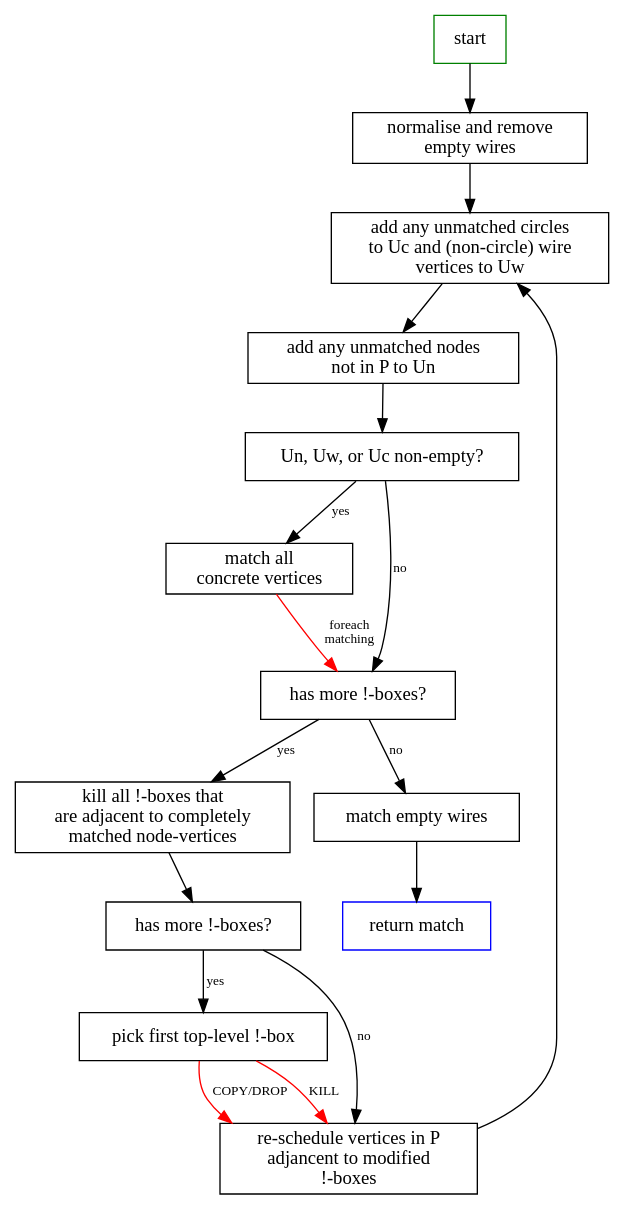
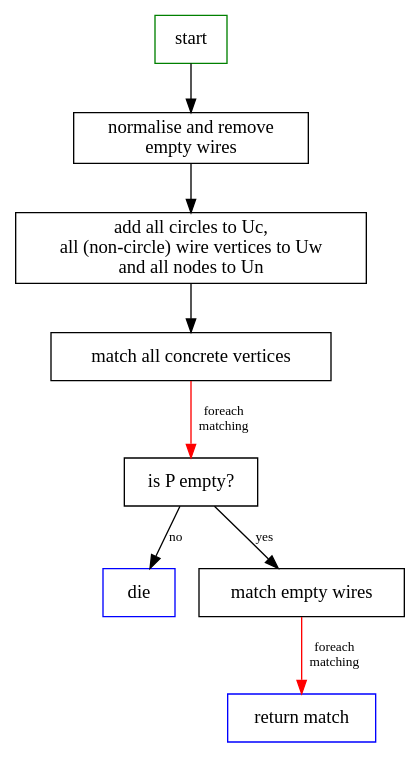
Before and after one commit to zxcalc/quantomatic: the diagram in docs/matching_algo/concrete_wrapper.dot, drawn with Graphviz. The commit also changed 2 other files, not shown here.

Commit message:
writing more on matching

```diff
--- a/docs/matching_algo/concrete_wrapper.dot
+++ b/docs/matching_algo/concrete_wrapper.dot
@@ -1,32 +1,19 @@
 digraph {
     node [shape=box]
     edge [fontsize=10]
     
     start [color=green]
     normalise [label="normalise and remove\nempty wires"]
-    addwires [label="add any unmatched circles\nto Uc and (non-circle) wire\nvertices to Uw"]
-    addnodes [label="add any unmatched nodes\nnot in P to Un"]
-    unmatched [label="Un, Uw, or Uc non-empty?"]
-    match [label="match all\nconcrete vertices"]
-    morebang [label="has more !-boxes?"]
-    morebang1 [label="has more !-boxes?"]
-    pickbang [label="pick first top-level !-box"]
-    schedule [label="re-schedule vertices in P\nadjancent to modified\n!-boxes"]
-    killcomplete [label="kill all !-boxes that\nare adjacent to completely\nmatched node-vertices"]
+    addverts [label="add all circles to Uc,\nall (non-circle) wire vertices to Uw\nand all nodes to Un"]
+    match [label="match all concrete vertices"]
+    nopartial [label="is P empty?"]
+    die [label=die,color=blue]
     emptywires [label="match empty wires"]
     done [label="return match",color=blue]
     
-    start -> normalise -> addwires -> addnodes -> unmatched
-    unmatched -> match [label=yes]
-    unmatched -> morebang [label=no]
-    match -> morebang [label="foreach\nmatching",color=red]
-    morebang -> killcomplete [label=yes]
-    killcomplete -> morebang1
-    morebang1 -> pickbang [label=yes]
-    morebang1 -> schedule [label=no]
-    pickbang -> schedule [label="COPY/DROP",color=red]
-    pickbang -> schedule [label="KILL",color=red]
-    schedule -> addwires
-    morebang -> emptywires [label=no]
-    emptywires -> done
+    start -> normalise -> addverts -> match
+    match -> nopartial [label="foreach\nmatching",color=red]
+    nopartial -> emptywires [label=yes]
+    nopartial -> die [label=no]
+    emptywires -> done [label="foreach\nmatching",color=red]
 }
```
